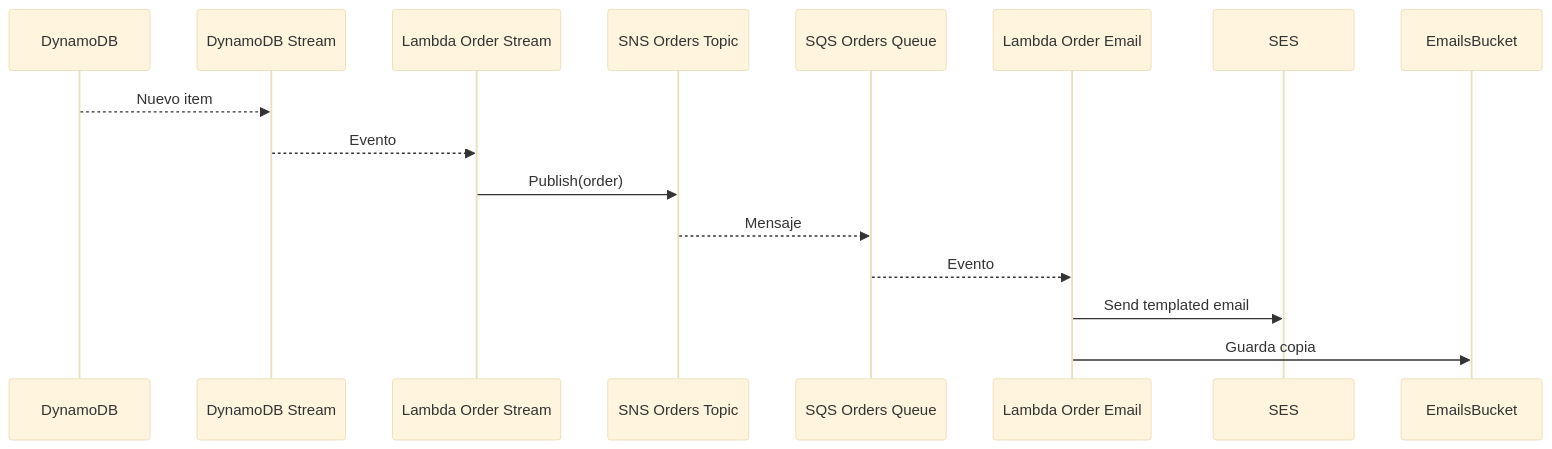
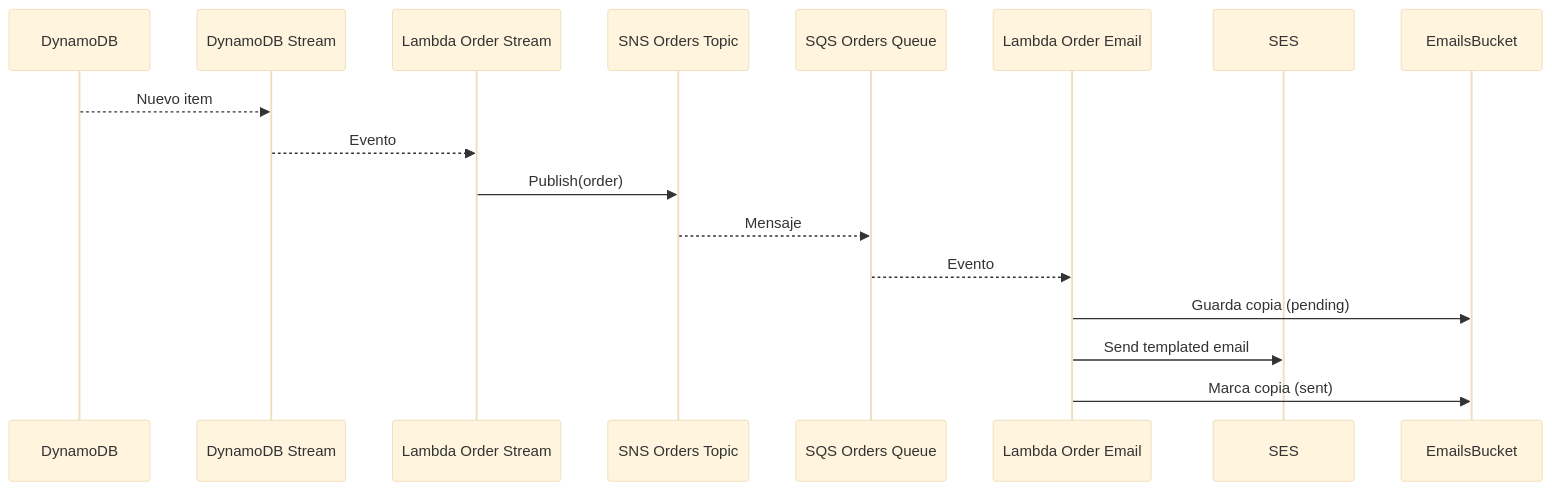
Before and after one commit to fjbatresv/sdg19-final: the sixth of 7 diagrams in FLOWS.md, drawn with Mermaid (base theme). The commit also changed 180 other files, not shown here.

````diff
--- a/FLOWS.md
+++ b/FLOWS.md
@@ -99,19 +99,20 @@
 ```mermaid
 sequenceDiagram
   participant DDB as DynamoDB
   participant Stream as DynamoDB Stream
   participant StreamFn as Lambda Order Stream
   participant SNS as SNS Orders Topic
   participant SQS as SQS Orders Queue
   participant EmailFn as Lambda Order Email
   participant SES as SES
   participant S3 as EmailsBucket
 
   DDB-->>Stream: Nuevo item
   Stream-->>StreamFn: Evento
   StreamFn->>SNS: Publish(order)
   SNS-->>SQS: Mensaje
   SQS-->>EmailFn: Evento
+  EmailFn->>S3: Guarda copia (pending)
   EmailFn->>SES: Send templated email
-  EmailFn->>S3: Guarda copia
+  EmailFn->>S3: Marca copia (sent)
 ```
````
